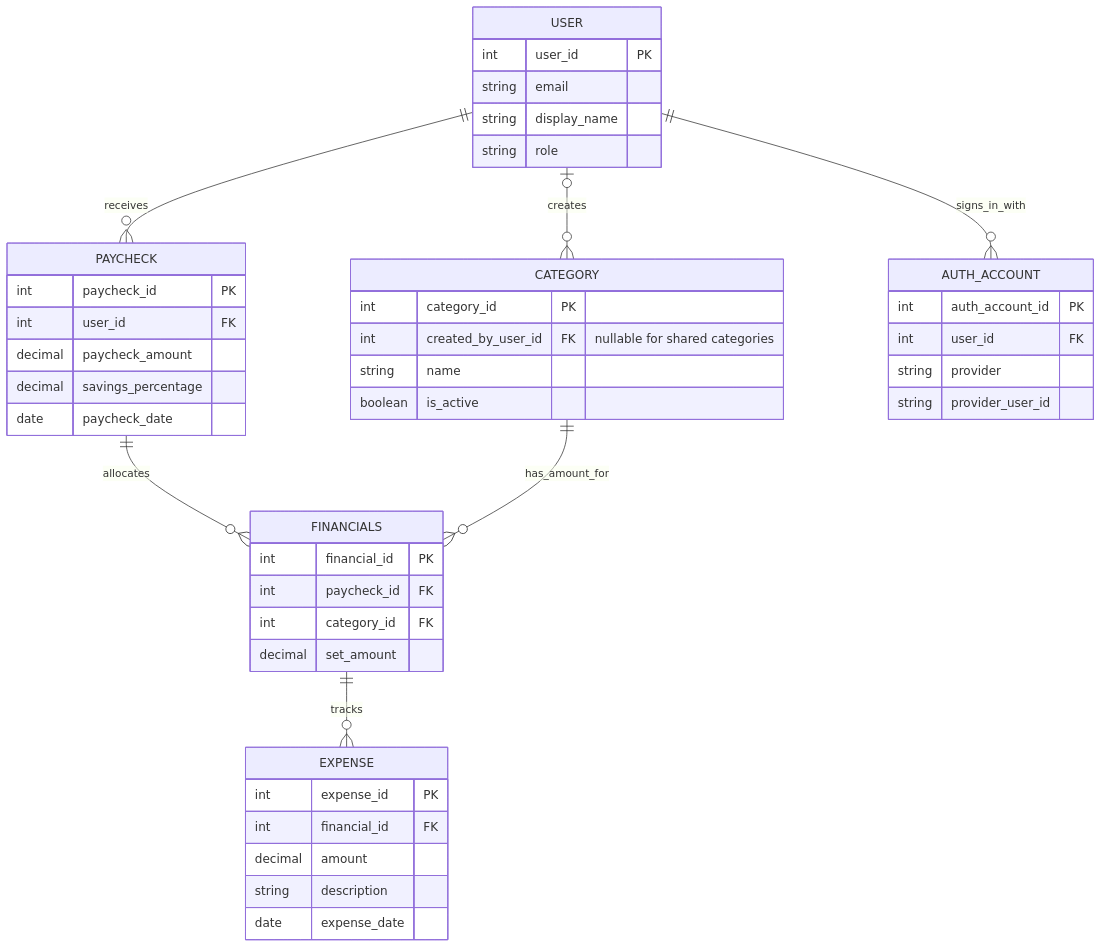
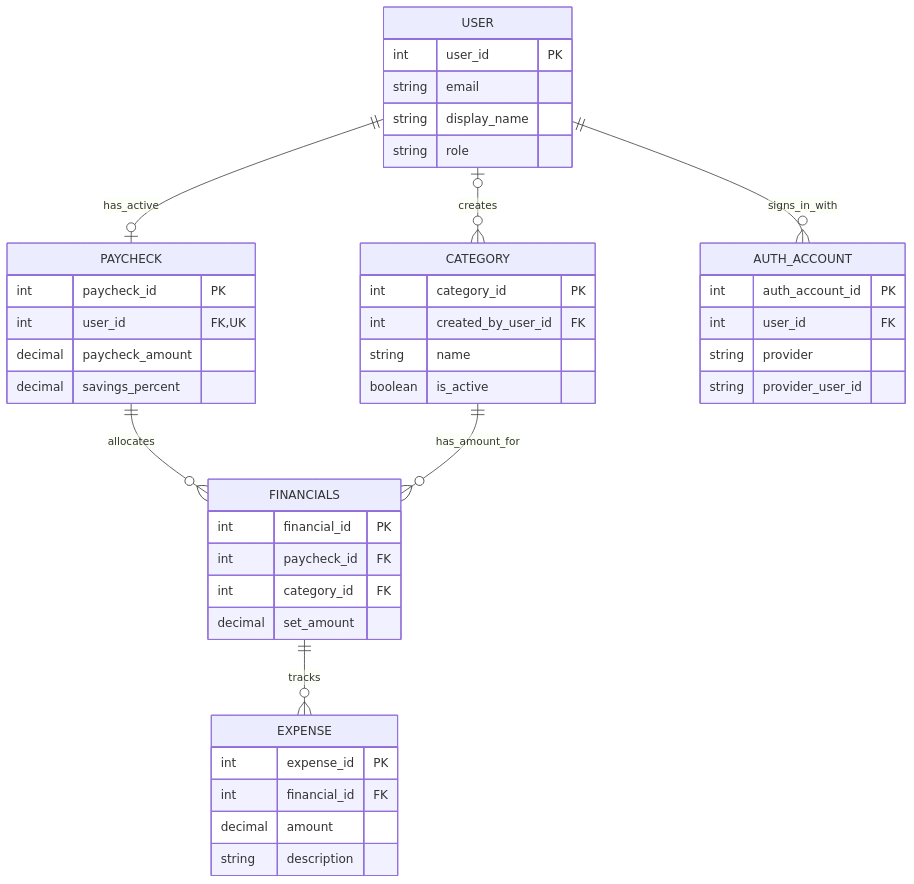
The diagram in docs/erd.md (project3Group4/budgetTracker), drawn with Mermaid before and after one commit.

Commit message:
Revise ERD for Budget Tracker
Updated the ERD to reflect changes in relationships and attributes.

````diff
--- a/docs/erd.md
+++ b/docs/erd.md
@@ -3,53 +3,53 @@
 ```mermaid
+
 erDiagram
-    USER ||--o{ PAYCHECK : receives
+    USER ||--o| PAYCHECK : has_active
     PAYCHECK ||--o{ FINANCIALS : allocates
     CATEGORY ||--o{ FINANCIALS : has_amount_for
     FINANCIALS ||--o{ EXPENSE : tracks
     USER ||--o{ AUTH_ACCOUNT : signs_in_with
     USER o|--o{ CATEGORY : creates
 
     USER {
         int user_id PK
         string email
         string display_name
         string role
     }
 
+    AUTH_ACCOUNT {
+        int auth_account_id PK
+        int user_id FK
+        string provider
+        string provider_user_id
+    }
+
     PAYCHECK {
         int paycheck_id PK
-        int user_id FK
+        int user_id FK,UK
         decimal paycheck_amount
-        decimal savings_percentage
-        date paycheck_date
+        decimal savings_percent
+    }
+
+    CATEGORY {
+        int category_id PK
+        int created_by_user_id FK
+        string name
+        boolean is_active
     }
 
     FINANCIALS {
         int financial_id PK
         int paycheck_id FK
         int category_id FK
         decimal set_amount
     }
 
-    CATEGORY {
-        int category_id PK
-        int created_by_user_id FK "nullable for shared categories"
-        string name
-        boolean is_active
-    }
-
     EXPENSE {
         int expense_id PK
         int financial_id FK
         decimal amount
         string description
-        date expense_date
     }
 
-    AUTH_ACCOUNT {
-        int auth_account_id PK
-        int user_id FK
-        string provider
-        string provider_user_id
-    }
 ```
````
